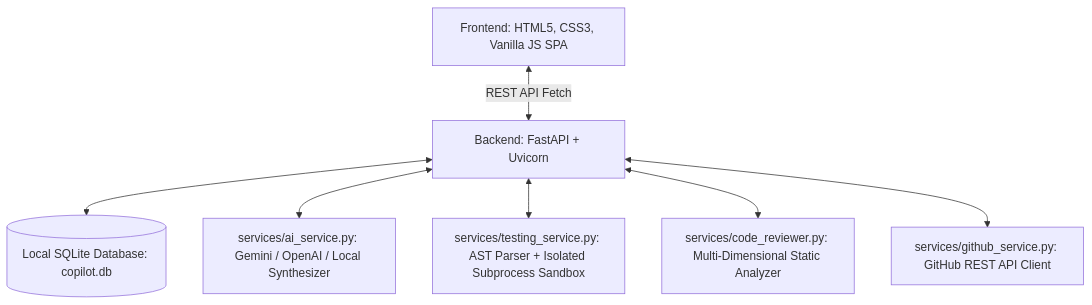
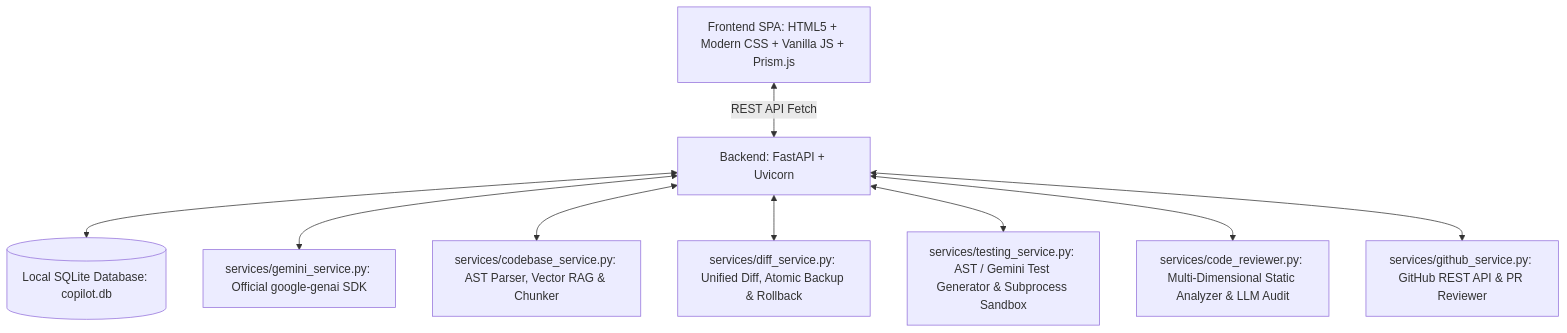
One commit to HAPPYDEVELPERGRAPHICDEsIGNER/mp changed the diagram in README.md. Above: the diagram before and after it, drawn with Mermaid. The commit also changed other lines of this file and 17 other files, not shown here.

Commit message:
Upgrade AI Software Engineering Copilot to Gemini Edition

````diff
--- a/README.md
+++ b/README.md
@@ -21,9 +37,11 @@
 ```mermaid
 graph TD
-    UI[Frontend: HTML5, CSS3, Vanilla JS SPA] <--> |REST API Fetch| API[Backend: FastAPI + Uvicorn]
-    API <--> DB[(Local SQLite Database: copilot.db)]
-    API <--> AI[services/ai_service.py: Gemini / OpenAI / Local Synthesizer]
-    API <--> TEST[services/testing_service.py: AST Parser + Isolated Subprocess Sandbox]
-    API <--> REV[services/code_reviewer.py: Multi-Dimensional Static Analyzer]
-    API <--> GH[services/github_service.py: GitHub REST API Client]
+    UI["Frontend SPA: HTML5 + Modern CSS + Vanilla JS + Prism.js"] <--> |REST API Fetch| API["Backend: FastAPI + Uvicorn"]
+    API <--> DB[("Local SQLite Database: copilot.db")]
+    API <--> GEMINI["services/gemini_service.py: Official google-genai SDK"]
+    API <--> CODEBASE["services/codebase_service.py: AST Parser, Vector RAG & Chunker"]
+    API <--> DIFF["services/diff_service.py: Unified Diff, Atomic Backup & Rollback"]
+    API <--> TEST["services/testing_service.py: AST / Gemini Test Generator & Subprocess Sandbox"]
+    API <--> REV["services/code_reviewer.py: Multi-Dimensional Static Analyzer & LLM Audit"]
+    API <--> GH["services/github_service.py: GitHub REST API & PR Reviewer"]
 ```
````
